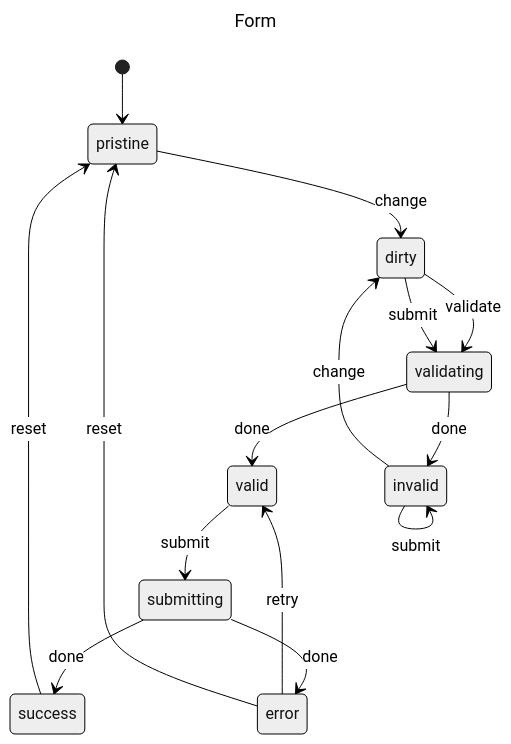
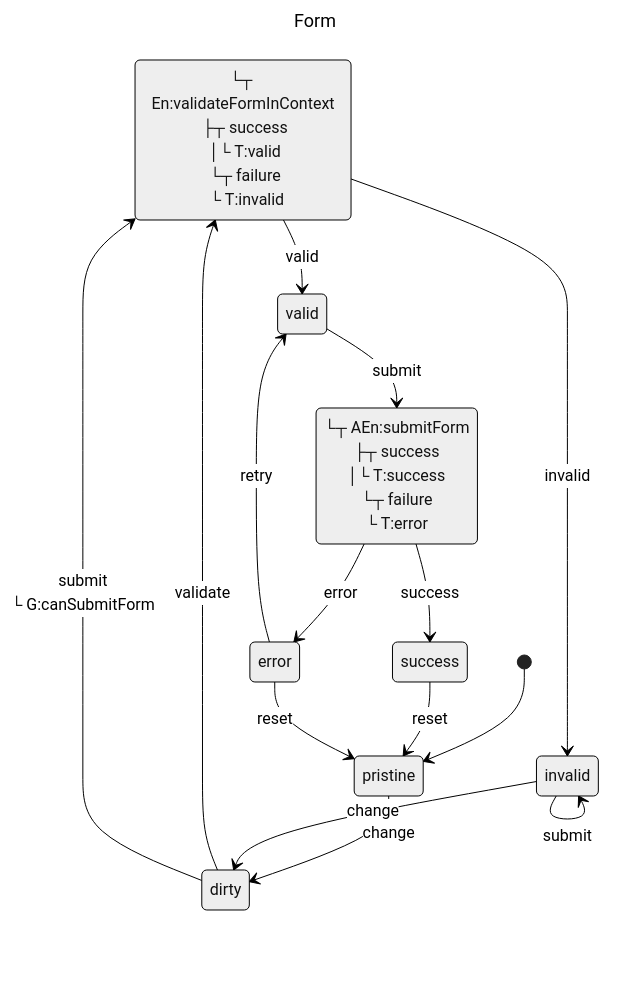
One commit to Masquerade-Circus/x-robot changed the second of 2 diagrams in docs/recipes/form-validation.md. Above: the diagram before and after it, drawn with Mermaid (neutral theme). The commit also changed other lines of this file and 145 other files, not shown here.

Commit message:
refactor: regenerate docs and mermaid implementation

````diff
--- a/docs/recipes/form-validation.md
+++ b/docs/recipes/form-validation.md
@@ -86,38 +145,41 @@
 ```mermaid
 ---
 title: Form
 ---
 
 stateDiagram-v2
 
 classDef danger fill:#f8d7da,stroke:#721c24,stroke-width:2px,text-align:left,color:#721c24
 classDef warning fill:#fff3cd,stroke:#856404,stroke-width:2px,text-align:left,color:#856404
 classDef success fill:#d4edda,stroke:#155724,stroke-width:2px,text-align:left,color:#155724
 classDef primary fill:#cce5ff,stroke:#004085,stroke-width:2px,text-align:left,color:#004085
 classDef info fill:#d1ecf1,stroke:#0c5460,stroke-width:2px,text-align:left,color:#0c5460
 classDef def fill:#f8f9fa,stroke:#6c757d,stroke-width:2px,text-align:left,color:#6c757d
 
 state pristine
 state dirty
 state validating
 state valid
 state invalid
 state submitting
 state success
 state error
 
+validating: └┬ En:validateFormInContext<br> ├┬ success<br> │└ T:valid<br> └┬ failure<br>  └ T:invalid
+submitting: └┬ AEn:submitForm<br> ├┬ success<br> │└ T:success<br> └┬ failure<br>  └ T:error
+
 [*] --> pristine
 pristine --> dirty: change
 dirty --> validating: validate
-dirty --> validating: submit
-validating --> valid: done
-validating --> invalid: done
+dirty --> validating: submit<br>└ G:canSubmitForm
+validating --> valid: valid
+validating --> invalid: invalid
 valid --> submitting: submit
 invalid --> dirty: change
 invalid --> invalid: submit
-submitting --> success: done
-submitting --> error: done
+submitting --> success: success
+submitting --> error: error
 success --> pristine: reset
 error --> valid: retry
 error --> pristine: reset
 ```
````
